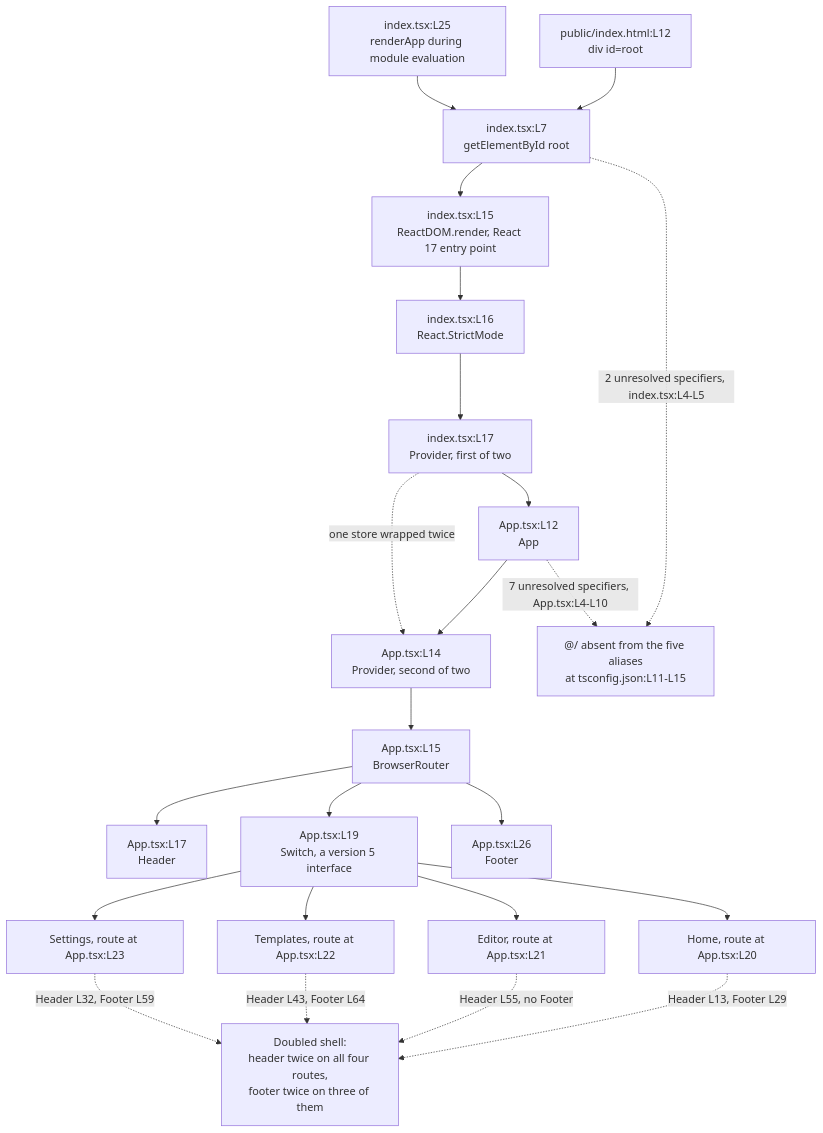
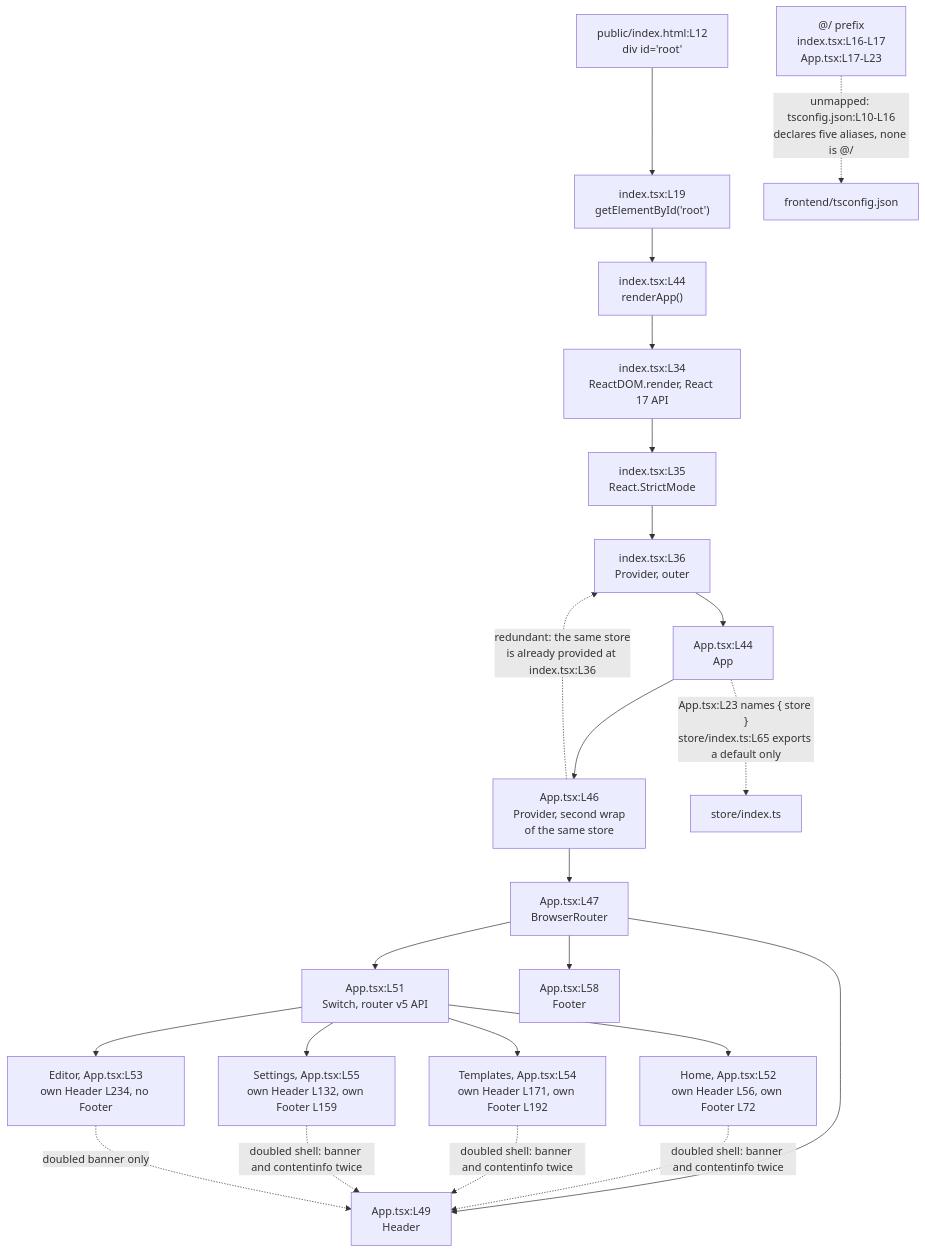
One commit to blitzy-public-samples/microsoft-word-u33ko0 changed the diagram in frontend/src/README.md. Above: the diagram before and after it, drawn with Mermaid. The commit also changed other lines of this file and 53 other files, not shown here.

````diff
--- a/frontend/src/README.md
+++ b/frontend/src/README.md
@@ -121,26 +109,27 @@
 ```mermaid
-flowchart TD
-    HTML["public/index.html:L12<br/>div id=root"] --> LOOKUP["index.tsx:L7<br/>getElementById root"]
-    INVOKE["index.tsx:L25<br/>renderApp during module evaluation"] --> LOOKUP
-    LOOKUP --> RENDER["index.tsx:L15<br/>ReactDOM.render, React 17 entry point"]
-    RENDER --> STRICT["index.tsx:L16<br/>React.StrictMode"]
-    STRICT --> P1["index.tsx:L17<br/>Provider, first of two"]
-    P1 --> APP["App.tsx:L12<br/>App"]
-    APP --> P2["App.tsx:L14<br/>Provider, second of two"]
-    P1 -.->|"one store wrapped twice"| P2
-    P2 --> ROUTER["App.tsx:L15<br/>BrowserRouter"]
-    ROUTER --> HDR["App.tsx:L17<br/>Header"]
-    ROUTER --> SW["App.tsx:L19<br/>Switch, a version 5 interface"]
-    ROUTER --> FTR["App.tsx:L26<br/>Footer"]
-    SW --> HOME["Home, route at App.tsx:L20"]
-    SW --> ED["Editor, route at App.tsx:L21"]
-    SW --> TM["Templates, route at App.tsx:L22"]
-    SW --> ST["Settings, route at App.tsx:L23"]
-    HOME -.->|"Header L13, Footer L29"| DUP["Doubled shell:<br/>header twice on all four routes,<br/>footer twice on three of them"]
-    ED -.->|"Header L55, no Footer"| DUP
-    TM -.->|"Header L43, Footer L64"| DUP
-    ST -.->|"Header L32, Footer L59"| DUP
-    ALIAS["@/ absent from the five aliases<br/>at tsconfig.json:L11-L15"]
-    LOOKUP -.->|"2 unresolved specifiers, index.tsx:L4-L5"| ALIAS
-    APP -.->|"7 unresolved specifiers, App.tsx:L4-L10"| ALIAS
+graph TD
+    HTML["public/index.html:L12<br/>div id='root'"] --> ROOT["index.tsx:L19<br/>getElementById('root')"]
+    ROOT --> CALL["index.tsx:L44<br/>renderApp()"]
+    CALL --> RENDER["index.tsx:L34<br/>ReactDOM.render, React 17 API"]
+    RENDER --> STRICT["index.tsx:L35<br/>React.StrictMode"]
+    STRICT --> P1["index.tsx:L36<br/>Provider, outer"]
+    P1 --> APP["App.tsx:L44<br/>App"]
+    APP --> P2["App.tsx:L46<br/>Provider, second wrap<br/>of the same store"]
+    P2 --> BR["App.tsx:L47<br/>BrowserRouter"]
+    BR --> HDR["App.tsx:L49<br/>Header"]
+    BR --> SW["App.tsx:L51<br/>Switch, router v5 API"]
+    BR --> FTR["App.tsx:L58<br/>Footer"]
+    SW --> HOME["Home, App.tsx:L52<br/>own Header L56, own Footer L72"]
+    SW --> EDIT["Editor, App.tsx:L53<br/>own Header L234, no Footer"]
+    SW --> TPL["Templates, App.tsx:L54<br/>own Header L171, own Footer L192"]
+    SW --> SET["Settings, App.tsx:L55<br/>own Header L132, own Footer L159"]
+
+    ALIAS["@/ prefix<br/>index.tsx:L16-L17<br/>App.tsx:L17-L23"]
+    ALIAS -.->|"unmapped: tsconfig.json:L10-L16<br/>declares five aliases, none is @/"| TSC["frontend/tsconfig.json"]
+    APP -.->|"App.tsx:L23 names { store }<br/>store/index.ts:L65 exports a default only"| STORE["store/index.ts"]
+    P2 -.->|"redundant: the same store<br/>is already provided at index.tsx:L36"| P1
+    HOME & TPL & SET -.->|"doubled shell: banner and contentinfo twice"| HDR
+    EDIT -.->|"doubled banner only"| HDR
+
+%% A solid edge runs today once the alias resolves. A dashed edge marks a defect, and its label names it.
 ```
````
